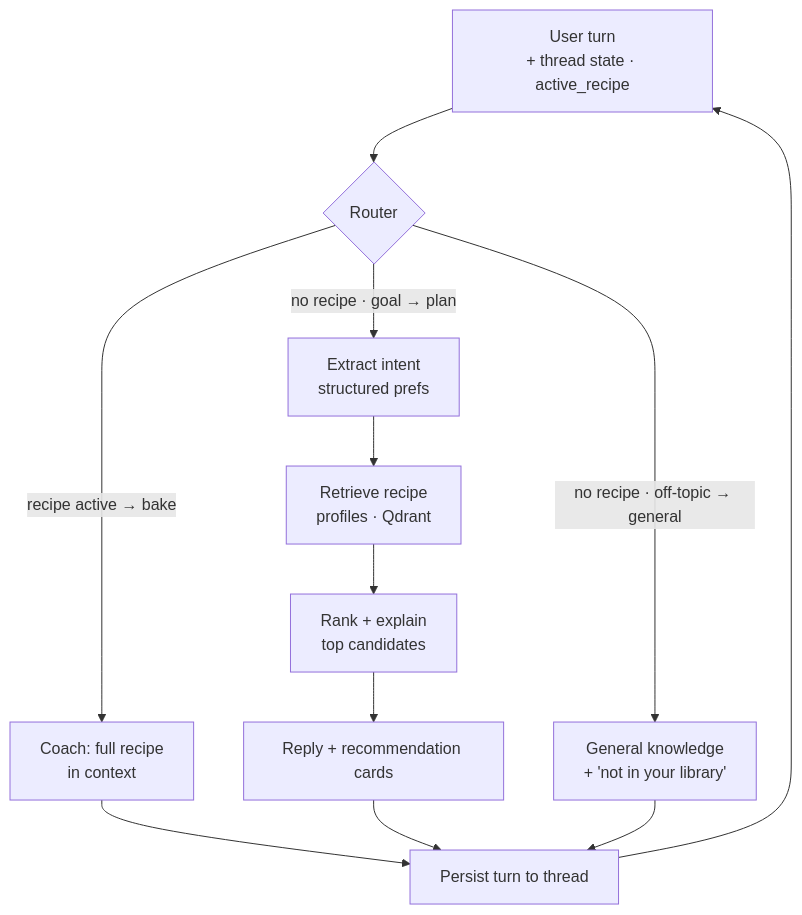
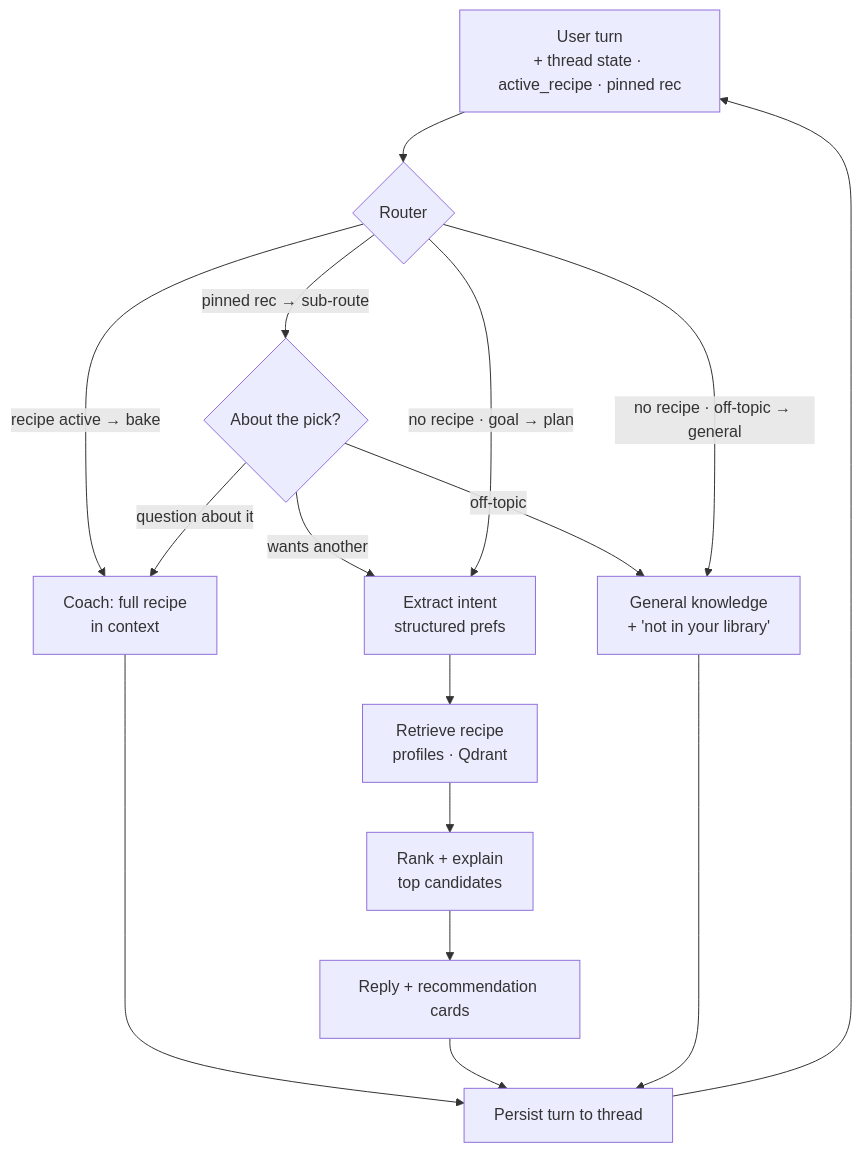
One commit to xx257/bake-me-up changed the second of 2 diagrams in docs/02-solution.md. Above: the diagram before and after it, drawn with Mermaid. The commit also changed other lines of this file and 19 other files, not shown here.

````diff
--- a/docs/02-solution.md
+++ b/docs/02-solution.md
@@ -94,14 +97,18 @@
 ```mermaid
 flowchart TD
-    U[User turn<br/>+ thread state · active_recipe] --> R{Router}
+    U[User turn<br/>+ thread state · active_recipe · pinned rec] --> R{Router}
     R -->|recipe active → bake| BK[Coach: full recipe<br/>in context]
+    R -->|pinned rec → sub-route| PR{About the pick?}
+    PR -->|question about it| BK
+    PR -->|wants another| P1
+    PR -->|off-topic| GEN
     R -->|no recipe · goal → plan| P1[Extract intent<br/>structured prefs]
     R -->|no recipe · off-topic → general| GEN[General knowledge<br/>+ 'not in your library']
     P1 --> P2[Retrieve recipe<br/>profiles · Qdrant]
     P2 --> P3[Rank + explain<br/>top candidates]
     P3 --> CARDS[Reply + recommendation cards]
     BK --> SAVE[Persist turn to thread]
     CARDS --> SAVE
     GEN --> SAVE
     SAVE --> U
 ```
````
